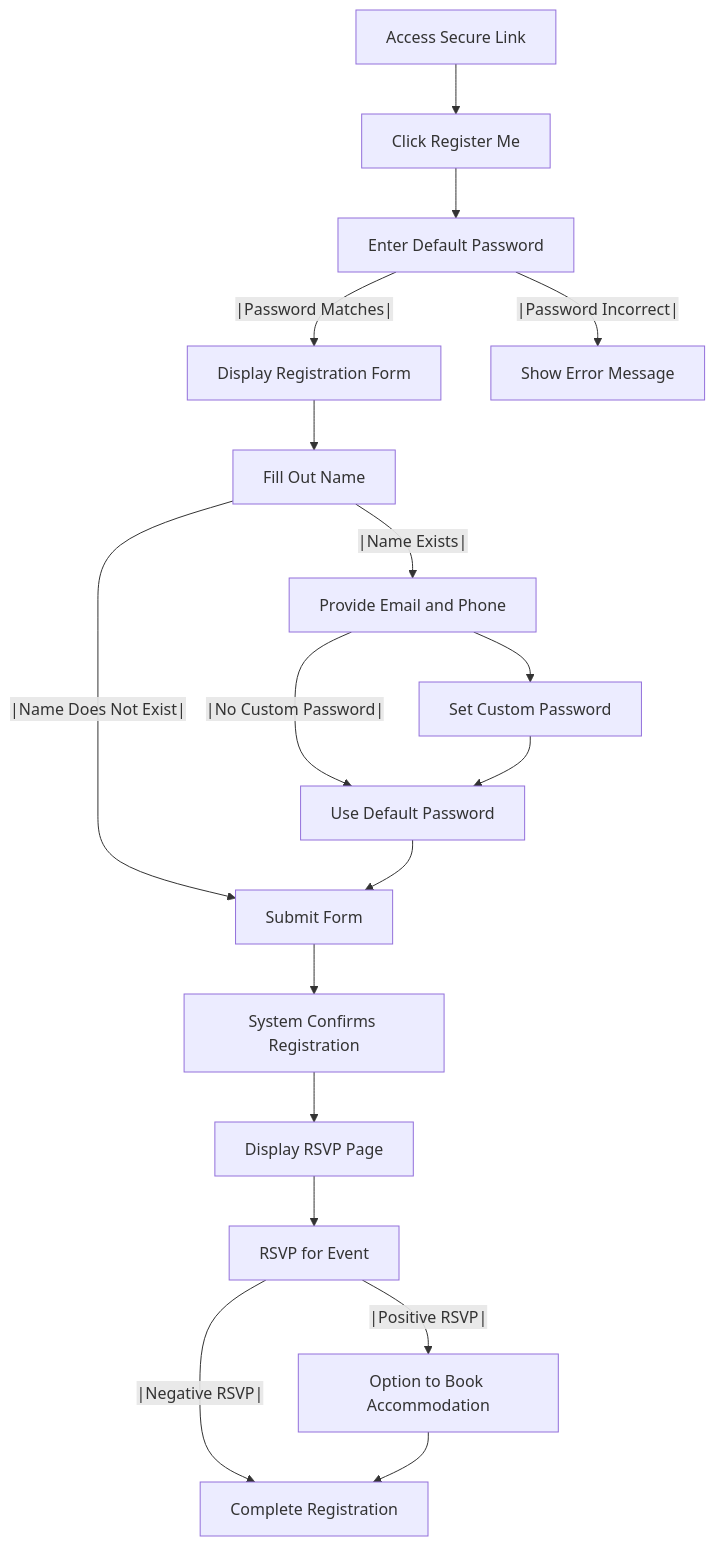
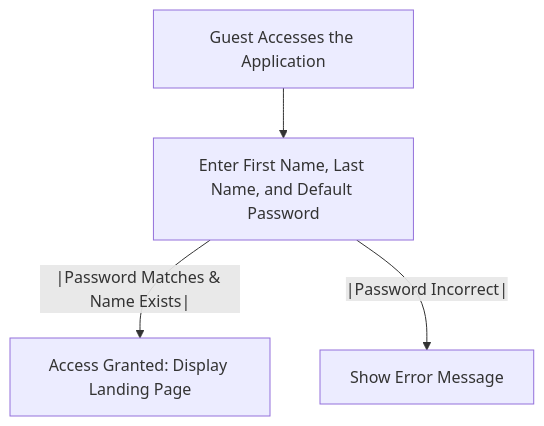
Before and after one commit to and1teachera/wedding-site: the first of 42 diagrams in docs/use_cases.md, drawn with Mermaid. The commit also changed other lines of this file, not shown here.

````diff
--- a/docs/use_cases.md
+++ b/docs/use_cases.md
@@ -56,21 +43,6 @@
 ``` mermaid
-flowchart TD
-    A[Access Secure Link] --> B[Click Register Me]
-    B --> C[Enter Default Password]
-    C --|Password Matches|--> D[Display Registration Form]
-    C --|Password Incorrect|--> E[Show Error Message]
-    D --> F[Fill Out Name]
-    F --|Name Exists|--> G[Provide Email and Phone]
-    F --|Name Does Not Exist|--> H[Submit Form]
-    G --> I[Set Custom Password]
-    G --|No Custom Password|--> J[Use Default Password]
-    I --> J
-    J --> H
-    H --> K[System Confirms Registration]
-    K --> L[Display RSVP Page]
-    L --> M[RSVP for Event]
-    M --|Positive RSVP|--> N[Option to Book Accommodation]
-    M --|Negative RSVP|--> O[Complete Registration]
-    N --> O
-
-```
+	flowchart TD
+    A[Guest Accesses the Application] --> B[Enter First Name, Last Name, and Default Password]
+    B --|Password Matches & Name Exists|--> C[Access Granted: Display Landing Page]
+    B --|Password Incorrect|--> D[Show Error Message]
+```  
````
